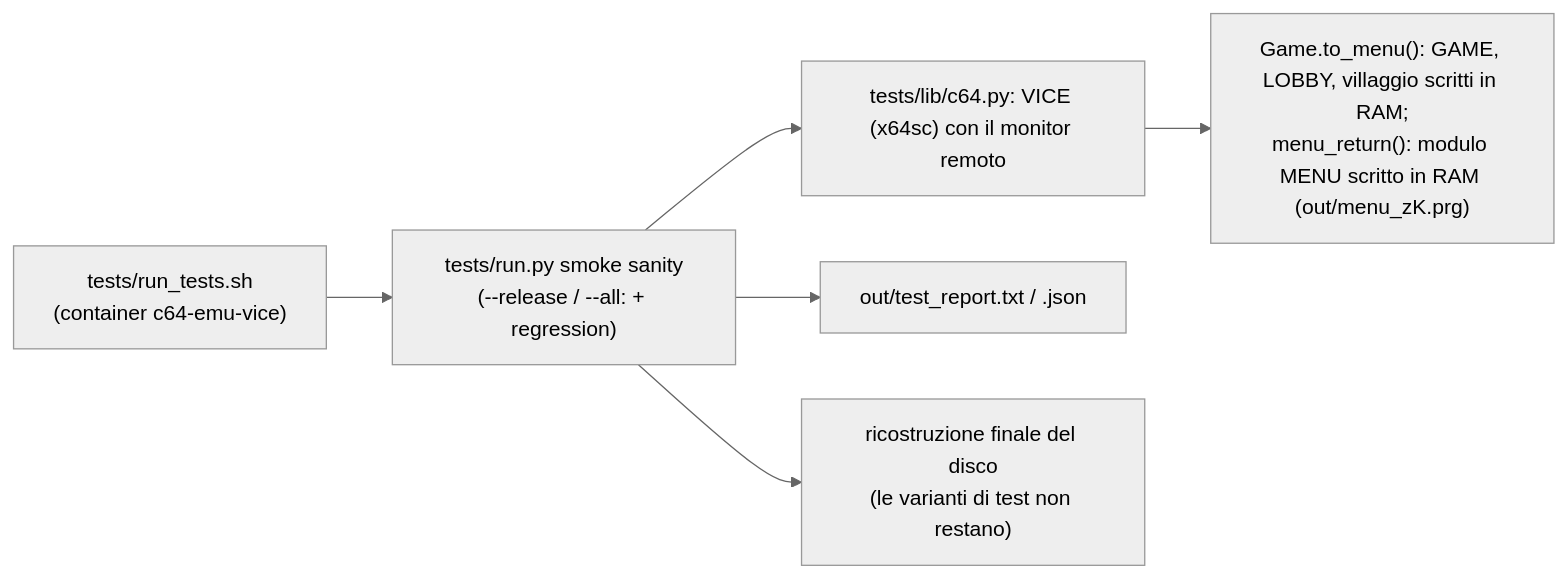
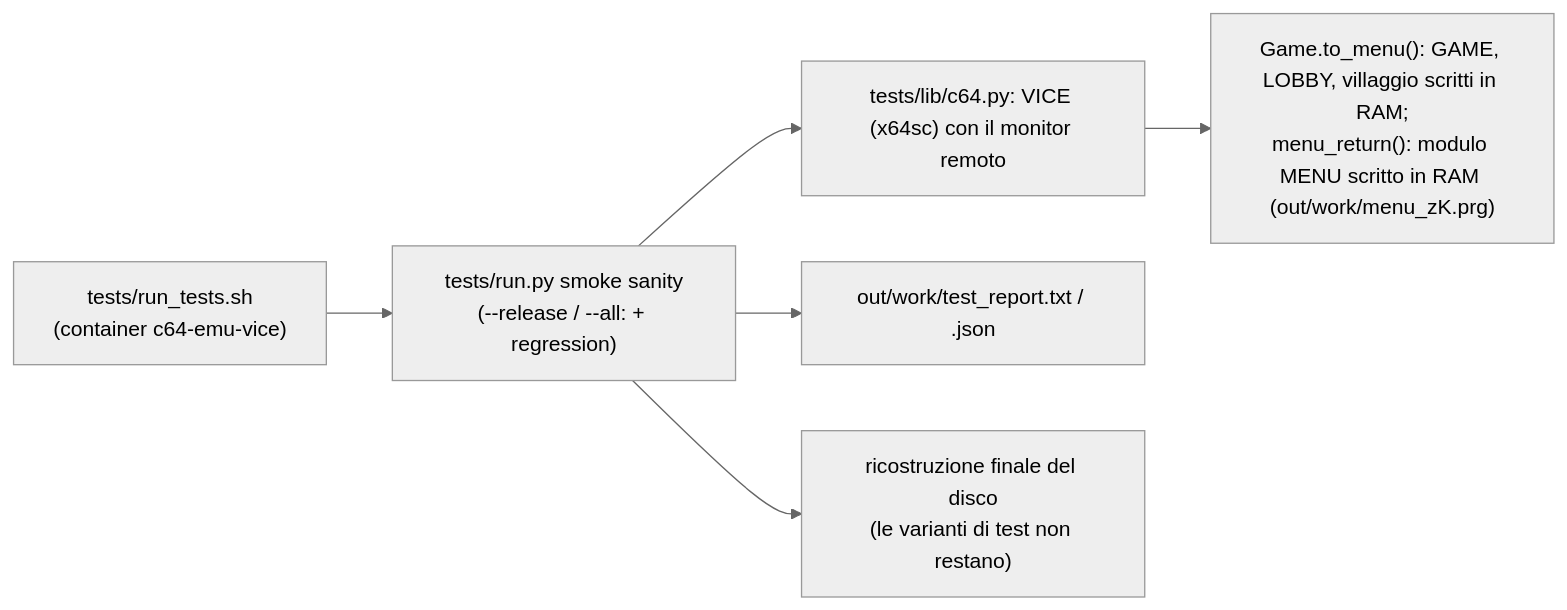
The fourth of 4 diagrams in docs/build.md (caporalesimone/barbarian-the-blood-path), drawn with Mermaid (neutral theme) before and after one commit. The commit also changed other lines of this file and 121 other files, not shown here.

First line of the commit message:
Build: intermedi in out/work/, cache in out/cache/ (v1.244)

````diff
--- a/docs/build.md
+++ b/docs/build.md
@@ -171,8 +171,8 @@
 ```mermaid
 flowchart LR
     RT["tests/run_tests.sh<br/>(container c64-emu-vice)"] --> RU["tests/run.py smoke sanity<br/>(--release / --all: + regression)"]
     RU --> LIB["tests/lib/c64.py: VICE (x64sc) con il monitor remoto"]
-    LIB --> FAST["Game.to_menu(): GAME, LOBBY, villaggio scritti in RAM;<br/>menu_return(): modulo MENU scritto in RAM (out/menu_zK.prg)"]
-    RU --> REP["out/test_report.txt / .json"]
+    LIB --> FAST["Game.to_menu(): GAME, LOBBY, villaggio scritti in RAM;<br/>menu_return(): modulo MENU scritto in RAM (out/work/menu_zK.prg)"]
+    RU --> REP["out/work/test_report.txt / .json"]
     RU --> FIN["ricostruzione finale del disco<br/>(le varianti di test non restano)"]
 ```
````
